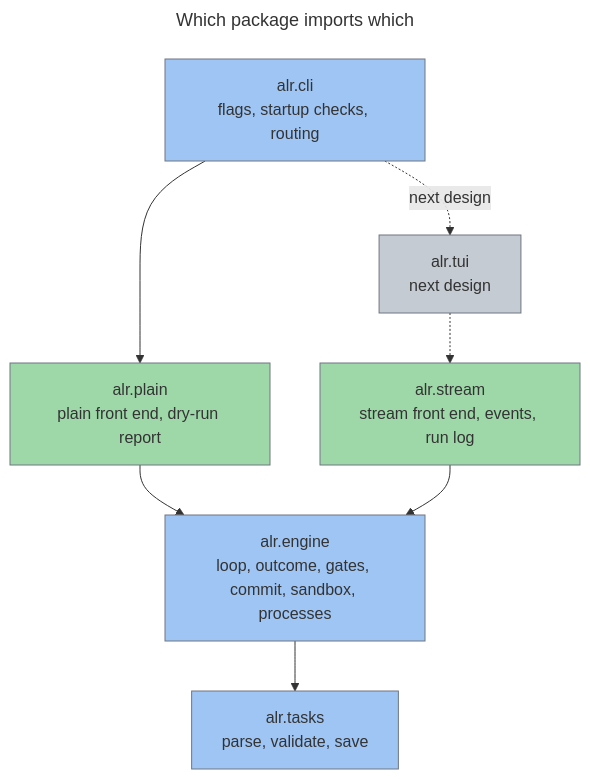
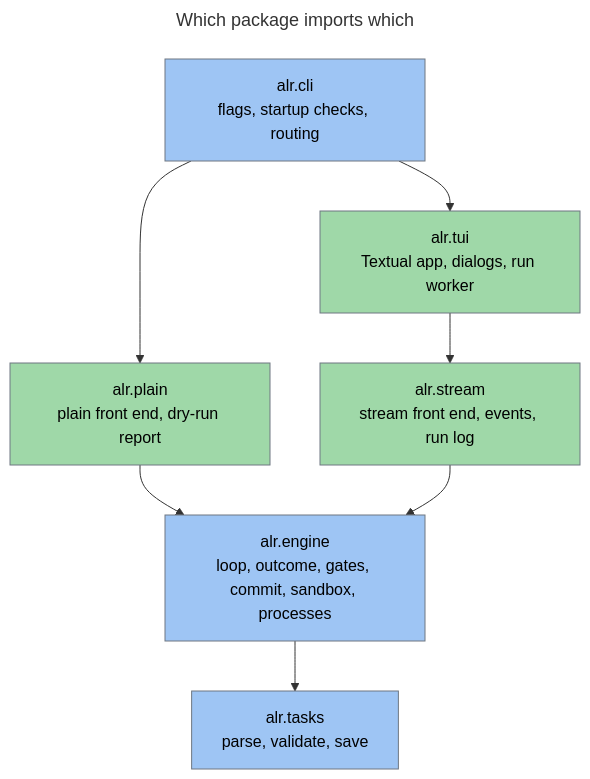
The first of 5 diagrams in docs/design/03_system_architecture.md (twistingmercury/agentic_loop_runner), drawn with Mermaid before and after one commit. The commit also changed other lines of this file and 4 other files, not shown here.

````diff
--- a/docs/design/03_system_architecture.md
+++ b/docs/design/03_system_architecture.md
@@ -29,23 +34,21 @@
 ```mermaid
 ---
 title: Which package imports which
 ---
 flowchart TD
     cli["alr.cli<br/>flags, startup checks, routing"]:::blue
     plain["alr.plain<br/>plain front end, dry-run report"]:::green
-    tui["alr.tui<br/>next design"]:::gray
+    tui["alr.tui<br/>Textual app, dialogs, run worker"]:::green
     stream["alr.stream<br/>stream front end, events, run log"]:::green
     engine["alr.engine<br/>loop, outcome, gates, commit, sandbox, processes"]:::blue
     tasks["alr.tasks<br/>parse, validate, save"]:::blue
-
     cli --> plain
-    cli -.->|next design| tui
-    tui -.-> stream
+    cli --> tui
+    tui --> stream
     plain --> engine
     stream --> engine
     engine --> tasks
-
-    classDef blue fill:#9ec5f4,stroke:#6e7781,color:#333333
-    classDef green fill:#9fd8a8,stroke:#6e7781,color:#333333
-    classDef gray fill:#c4cbd3,stroke:#6e7781,color:#333333
+    classDef blue fill: #9ec5f4, stroke: #6e7781, color: #000000
+    classDef green fill: #9fd8a8, stroke: #6e7781, color: #000000
+    classDef gray fill: #c4cbd3, stroke: #6e7781, color: #000000
 ```
````
